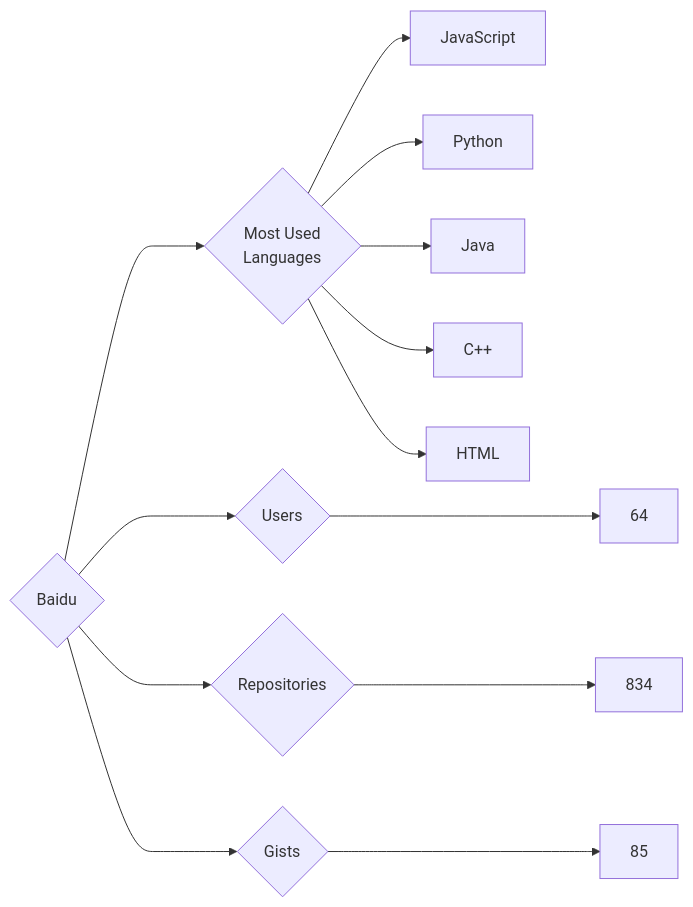
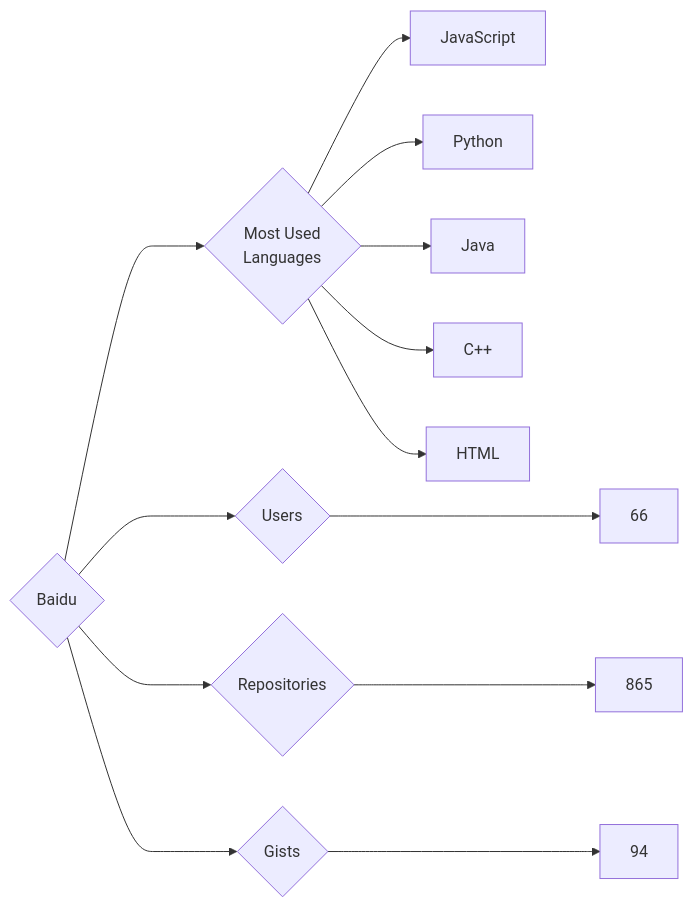
The diagram in targets/Baidu/README.md (trickest/insiders), drawn with Mermaid before and after one commit. The commit also changed 1030 other files, not shown here.

````diff
--- a/targets/Baidu/README.md
+++ b/targets/Baidu/README.md
@@ -3,13 +3,13 @@
 ```mermaid
 graph LR
 COMPANY_NAME{Baidu}
-COMPANY_NAME ---> U{Users} ---> UN[64]
-COMPANY_NAME ---> R{Repositories} ---> RN[834]
-COMPANY_NAME ---> G{Gists} ---> GN[85]
+COMPANY_NAME ---> U{Users} ---> UN[66]
+COMPANY_NAME ---> R{Repositories} ---> RN[865]
+COMPANY_NAME ---> G{Gists} ---> GN[94]
 COMPANY_NAME ---> ML{Most Used<br>Languages}
 ML --> JavaScript[JavaScript]
 ML --> Python[Python]
 ML --> Java[Java]
 ML --> C++[C++]
 ML --> HTML[HTML]
 ```
````
